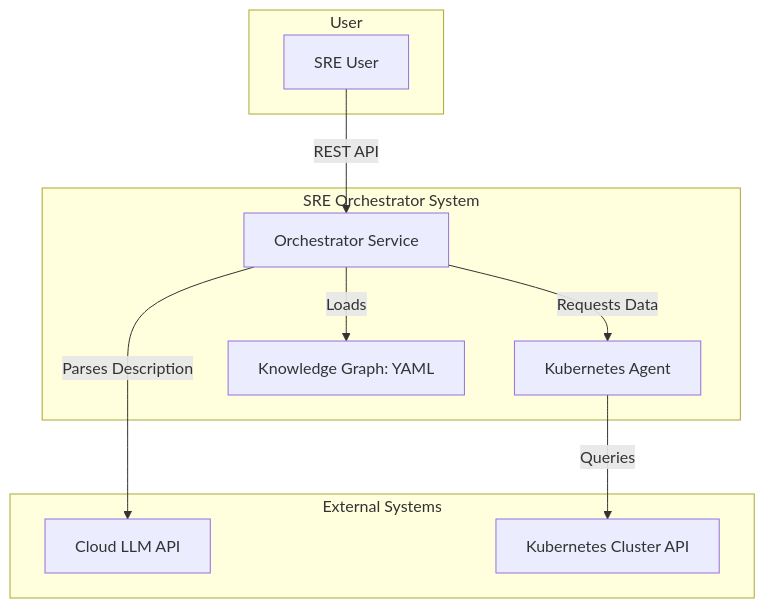
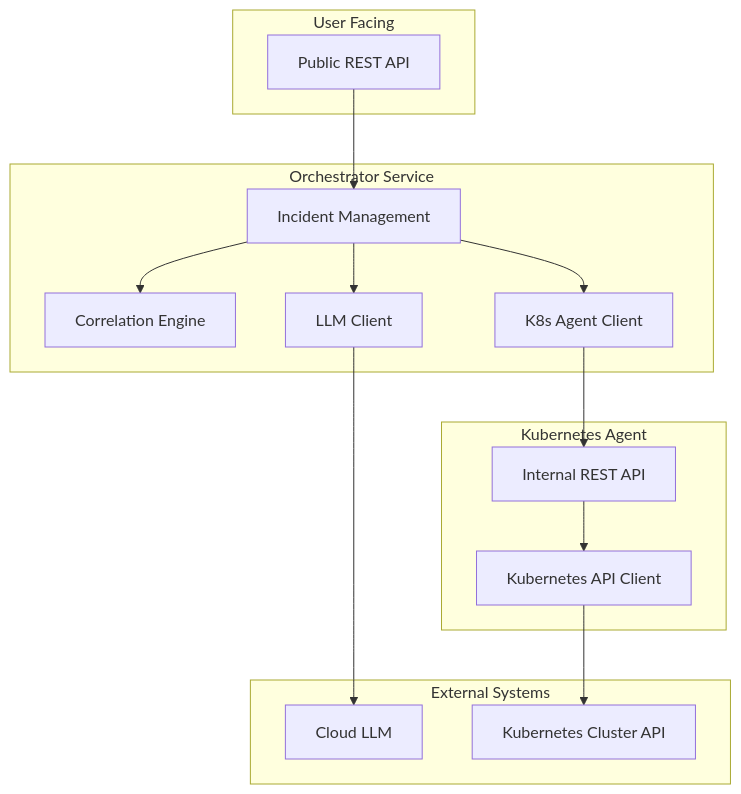
One commit to SRE-Spaghetti/SRE-Orchestrator changed the second of 3 diagrams in docs/architecture.md. Above: the diagram before and after it, drawn with Mermaid. The commit also changed other lines of this file and 2 other files, not shown here.

````diff
--- a/docs/architecture.md
+++ b/docs/architecture.md
@@ -160,23 +158,33 @@
 ```mermaid
 graph TD
-    subgraph "User"
-        A[SRE User]
+    subgraph "User Facing"
+        A[Public REST API]
     end
 
-    subgraph "SRE Orchestrator System"
-        B[Orchestrator Service]
-        C[Kubernetes Agent]
-        D[Knowledge Graph: YAML]
+    subgraph "Orchestrator Service"
+        B[Incident Management]
+        C[Correlation Engine]
+        D[LLM Client]
+        E[K8s Agent Client]
+    end
+
+    subgraph "Kubernetes Agent"
+        F[Internal REST API]
+        G[Kubernetes API Client]
     end
 
     subgraph "External Systems"
-        E[Cloud LLM API]
-        F[Kubernetes Cluster API]
+        H[Cloud LLM]
+        I[Kubernetes Cluster API]
     end
 
-    A -- REST API --> B
-    B -- Loads --> D
-    B -- Parses Description --> E
-    B -- Requests Data --> C
-    C -- Queries --> F
+    A --> B
+    B --> C
+    B --> D
+    B --> E
+
+    D --> H
+    E --> F
+    F --> G
+    G --> I
 ```
````
